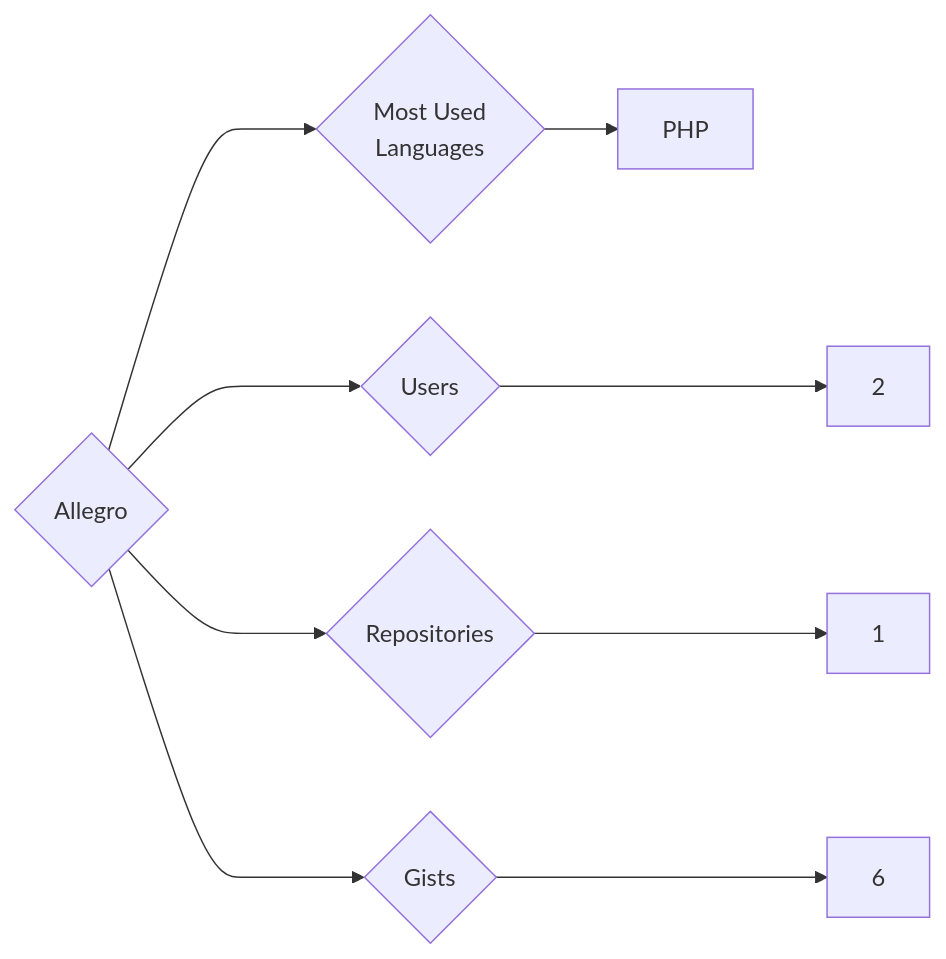
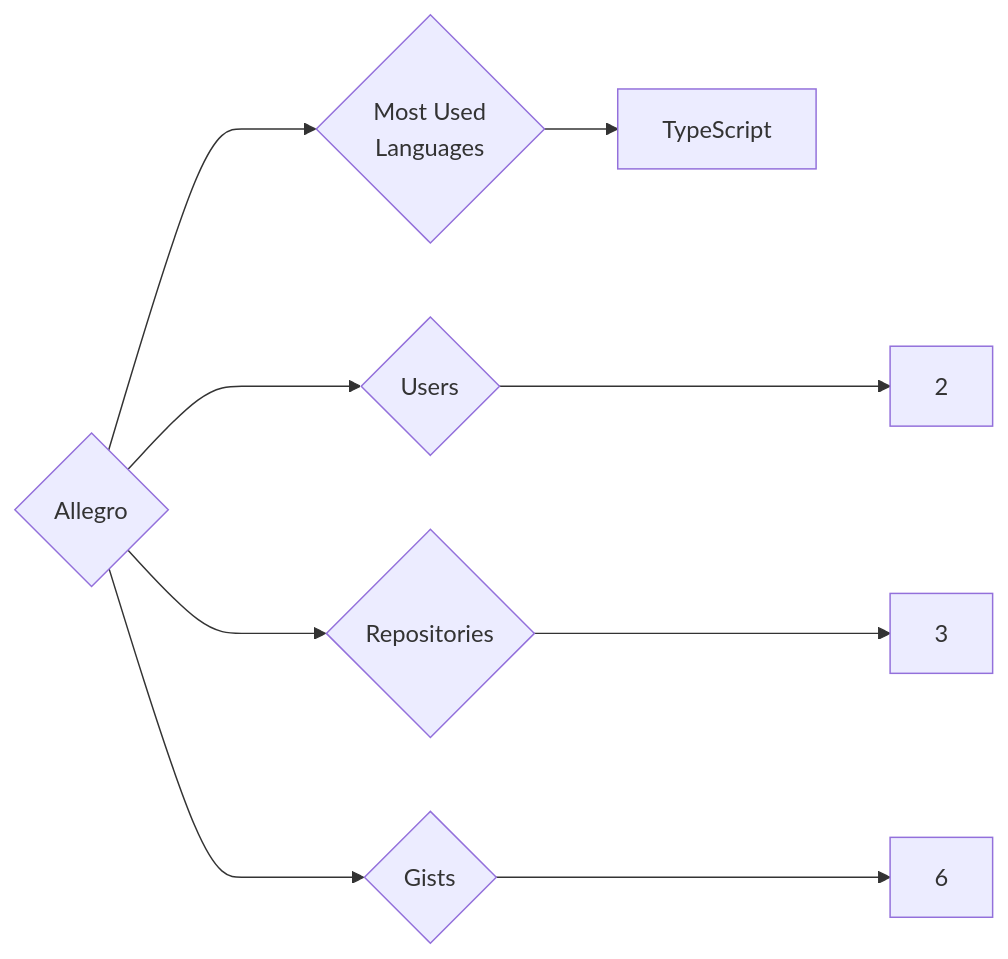
The diagram in targets/Allegro/README.md (trickest/insiders), drawn with Mermaid before and after one commit. The commit also changed 865 other files, not shown here.

````diff
--- a/targets/Allegro/README.md
+++ b/targets/Allegro/README.md
@@ -3,9 +3,9 @@
 ```mermaid
 graph LR
 COMPANY_NAME{Allegro}
 COMPANY_NAME ---> U{Users} ---> UN[2]
-COMPANY_NAME ---> R{Repositories} ---> RN[1]
+COMPANY_NAME ---> R{Repositories} ---> RN[3]
 COMPANY_NAME ---> G{Gists} ---> GN[6]
 COMPANY_NAME ---> ML{Most Used<br>Languages}
-ML --> PHP[PHP]
+ML --> TypeScript[TypeScript]
 ```
````
